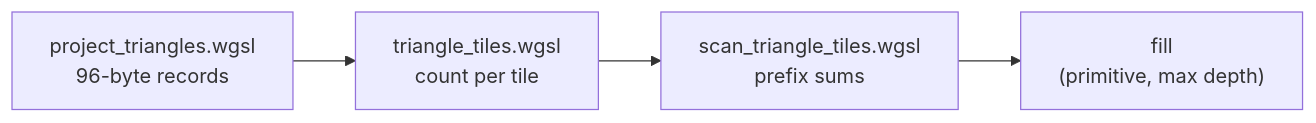
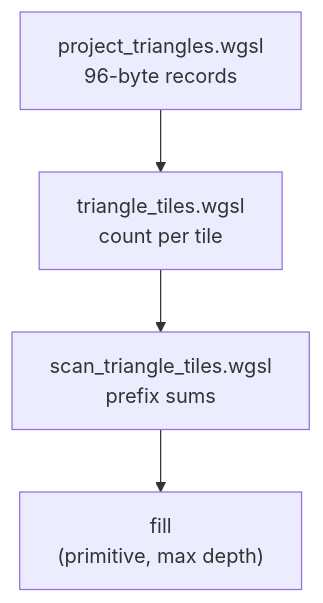
One commit to petrasvestartas/session changed the second of 14 diagrams in session_viewer/docs/18-finite-visibility.md. Above: the diagram before and after it, drawn with Mermaid. The commit also changed other lines of this file and 34 other files, not shown here.

First line of the commit message:
Course: each lesson teaches its file's final form; diagrams fit the column

````diff
--- a/session_viewer/docs/18-finite-visibility.md
+++ b/session_viewer/docs/18-finite-visibility.md
@@ -18,4 +18,6 @@
 ```mermaid
-flowchart LR
-    c1["project_triangles.wgsl<br/>96-byte records"] --> c2["triangle_tiles.wgsl<br/>count per tile"] --> c3["scan_triangle_tiles.wgsl<br/>prefix sums"] --> c4["fill<br/>(primitive, max depth)"]
+flowchart TB
+    c1["project_triangles.wgsl<br/>96-byte records"] --> c2["triangle_tiles.wgsl<br/>count per tile"]
+    c2 --> c3["scan_triangle_tiles.wgsl<br/>prefix sums"]
+    c3 --> c4["fill<br/>(primitive, max depth)"]
 ```
````
